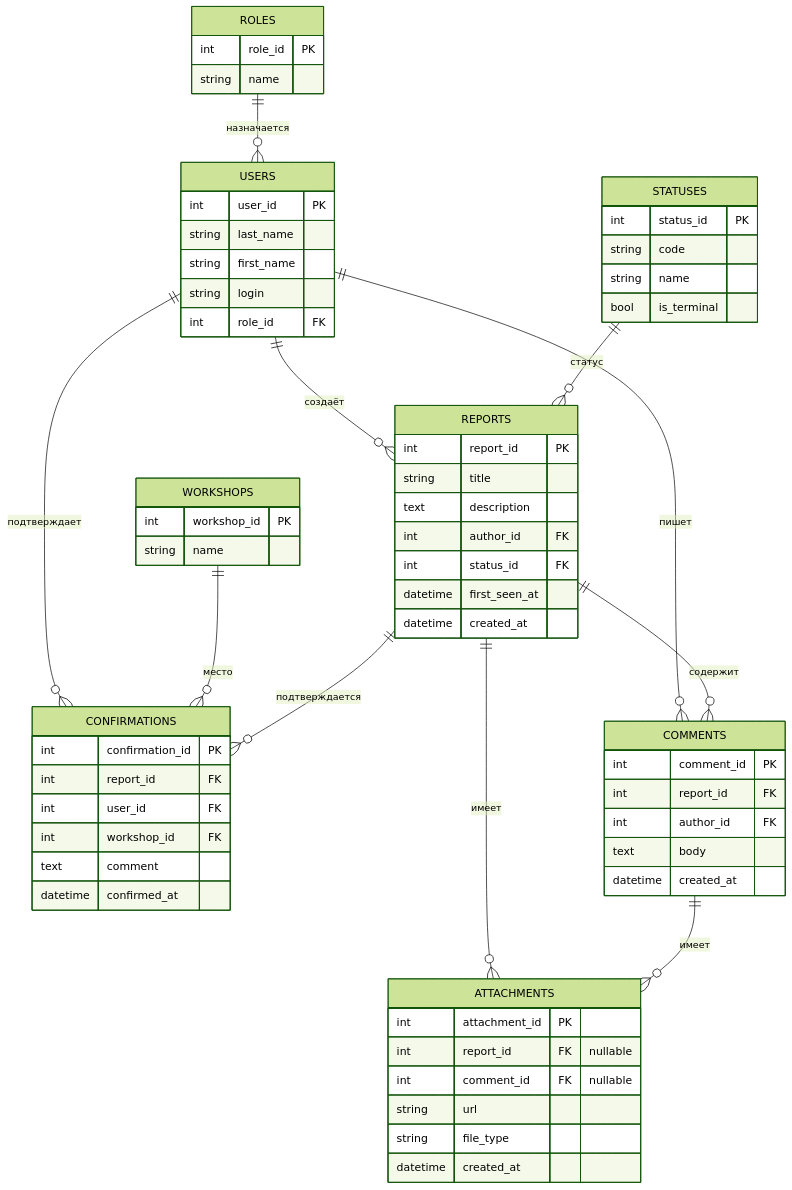
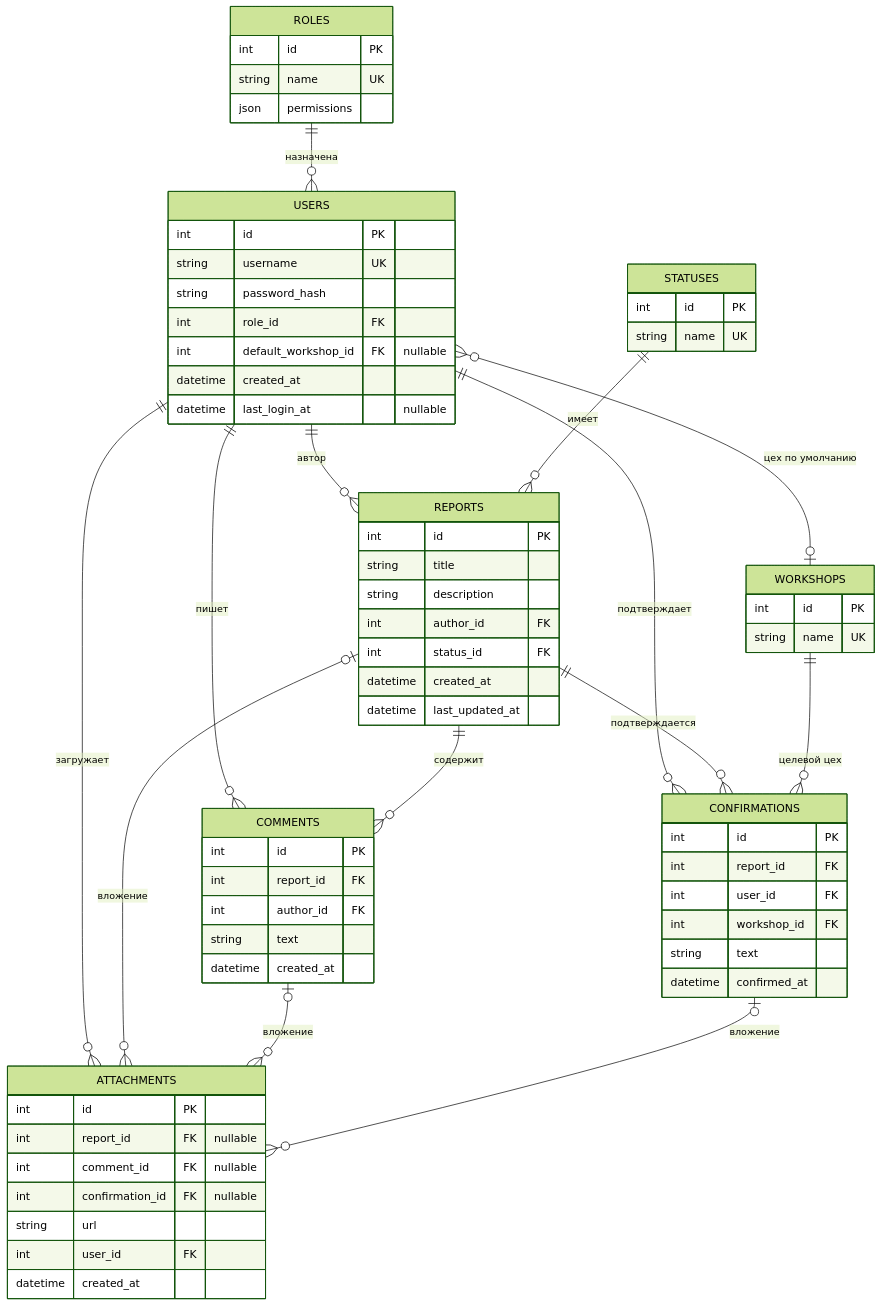
One commit to MayakTeam/MayakBackend changed the diagram in README.md. Above: the diagram before and after it, drawn with Mermaid (forest theme).

Commit message:
Обновлена Mermaid-схема в README.md

````diff
--- a/README.md
+++ b/README.md
@@ -17,67 +17,80 @@
 ```mermaid
 erDiagram
-    ROLES ||--o{ USERS : "назначается"
-    USERS ||--o{ REPORTS : "создаёт"
+    ROLES ||--o{ USERS : "назначена"
+    USERS ||--o{ REPORTS : "автор"
+    USERS ||--o{ COMMENTS : "пишет"
     USERS ||--o{ CONFIRMATIONS : "подтверждает"
-    USERS ||--o{ COMMENTS : "пишет"
-    WORKSHOPS ||--o{ CONFIRMATIONS : "место"
-    STATUSES ||--o{ REPORTS : "статус"
+    USERS ||--o{ ATTACHMENTS : "загружает"
+    USERS }o--o| WORKSHOPS : "цех по умолчанию"
+
+    STATUSES ||--o{ REPORTS : "имеет"
+    REPORTS ||--o{ COMMENTS : "содержит"
     REPORTS ||--o{ CONFIRMATIONS : "подтверждается"
-    REPORTS ||--o{ ATTACHMENTS : "имеет"
-    REPORTS ||--o{ COMMENTS : "содержит"
-    COMMENTS ||--o{ ATTACHMENTS : "имеет"
+    REPORTS |o--o{ ATTACHMENTS : "вложение"
+    COMMENTS |o--o{ ATTACHMENTS : "вложение"
+    CONFIRMATIONS |o--o{ ATTACHMENTS : "вложение"
+    WORKSHOPS ||--o{ CONFIRMATIONS : "целевой цех"
 
     ROLES {
-        int role_id PK
-        string name
+        int id PK
+        string name UK
+        json permissions
     }
+
     USERS {
-        int user_id PK
-        string last_name
-        string first_name
-        string login
+        int id PK
+        string username UK
+        string password_hash
         int role_id FK
+        int default_workshop_id FK "nullable"
+        datetime created_at
+        datetime last_login_at "nullable"
     }
+
+    STATUSES {
+        int id PK
+        string name UK
+    }
+
     WORKSHOPS {
-        int workshop_id PK
-        string name
+        int id PK
+        string name UK
     }
-    STATUSES {
-        int status_id PK
-        string code
-        string name
-        bool is_terminal
-    }
+
     REPORTS {
-        int report_id PK
+        int id PK
         string title
-        text description
+        string description
         int author_id FK
         int status_id FK
-        datetime first_seen_at
+        datetime created_at
+        datetime last_updated_at
+    }
+
+    COMMENTS {
+        int id PK
+        int report_id FK
+        int author_id FK
+        string text
         datetime created_at
     }
+
     CONFIRMATIONS {
-        int confirmation_id PK
+        int id PK
         int report_id FK
         int user_id FK
         int workshop_id FK
-        text comment
+        string text
         datetime confirmed_at
     }
+
     ATTACHMENTS {
-        int attachment_id PK
+        int id PK
         int report_id FK "nullable"
         int comment_id FK "nullable"
+        int confirmation_id FK "nullable"
         string url
-        string file_type
-        datetime created_at
-    }
-    COMMENTS {
-        int comment_id PK
-        int report_id FK
-        int author_id FK
-        text body
+        int user_id FK
         datetime created_at
     }
 ```
````
